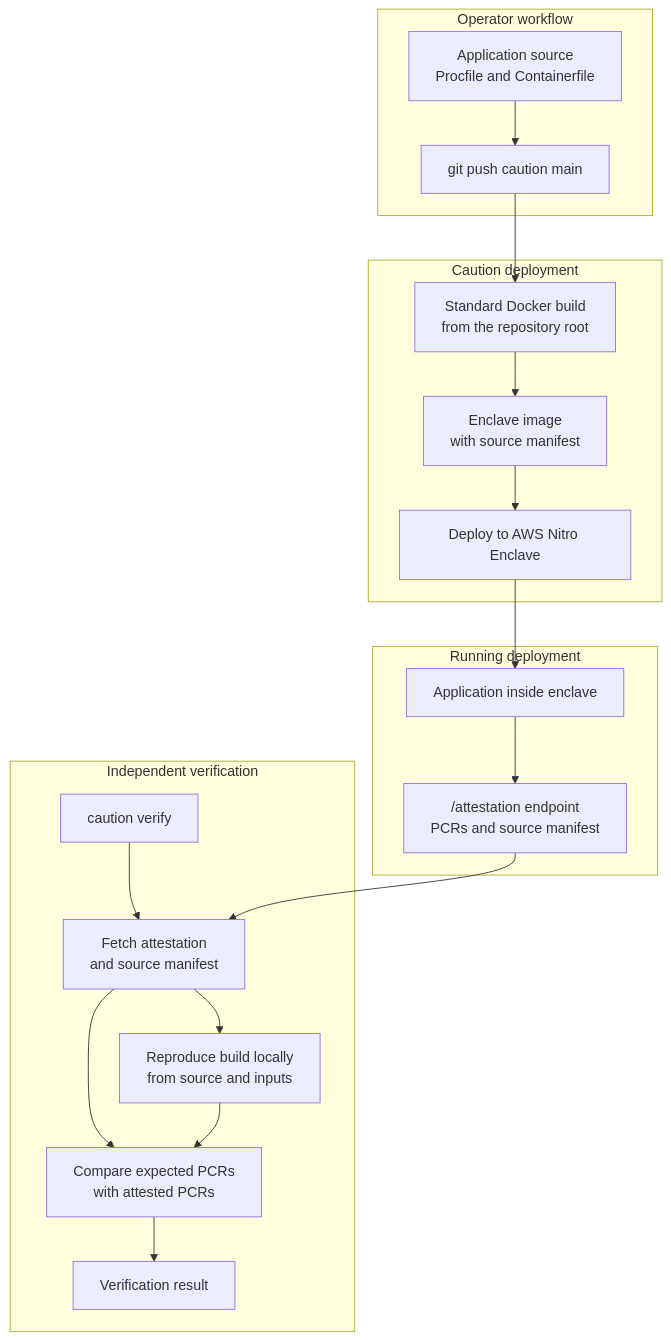
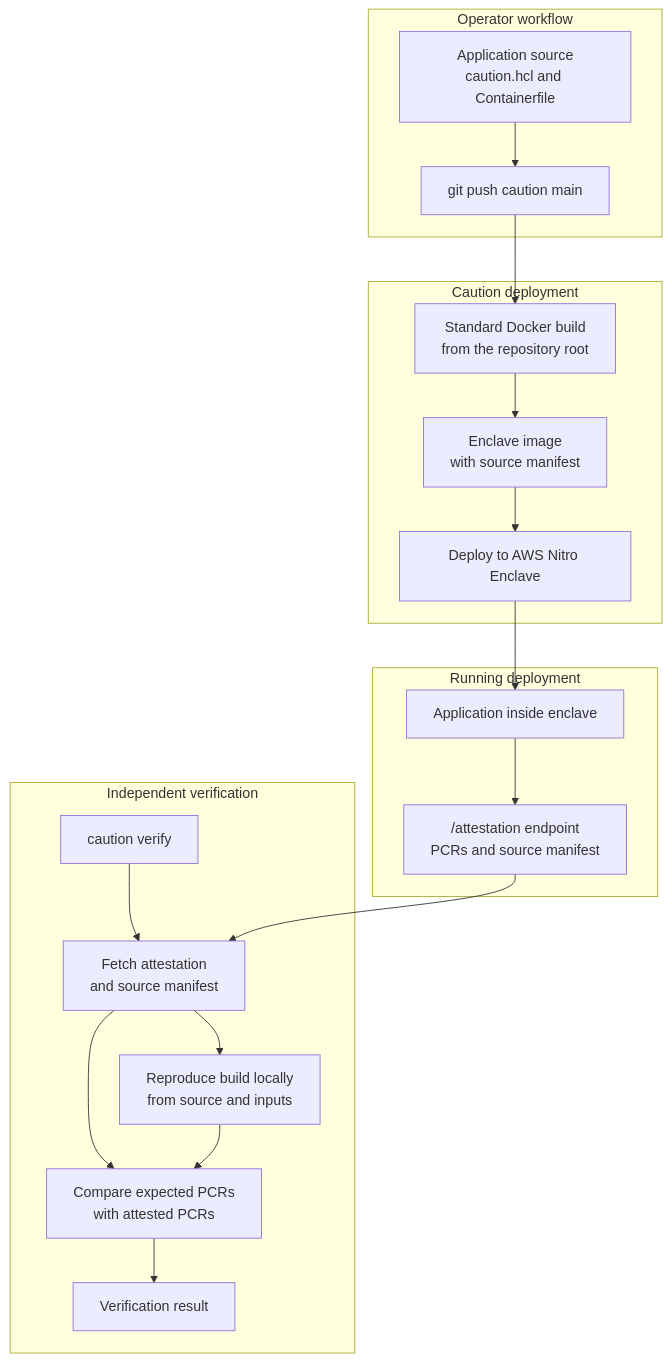
Before and after one commit to CautionHosting/docs: the diagram in docs/what-is-caution.md, drawn with Mermaid. The commit also changed 14 other files, not shown here.

First line of the commit message:
docs: convert remaining Procfile references to caution.hcl

````diff
--- a/docs/what-is-caution.md
+++ b/docs/what-is-caution.md
@@ -17,34 +17,34 @@
 ```mermaid
 flowchart TB
     subgraph Operator["Operator workflow"]
-        Source["Application source<br/>Procfile and Containerfile"]
+        Source["Application source<br/>caution.hcl and Containerfile"]
         Push["git push caution main"]
     end
 
     subgraph Deployment["Caution deployment"]
         Build["Standard Docker build<br/>from the repository root"]
         Image["Enclave image<br/>with source manifest"]
         Deploy["Deploy to AWS Nitro Enclave"]
     end
 
     subgraph Runtime["Running deployment"]
         Enclave["Application inside enclave"]
         Attestation["/attestation endpoint<br/>PCRs and source manifest"]
     end
 
     subgraph Verification["Independent verification"]
         Verify["caution verify"]
         Fetch["Fetch attestation<br/>and source manifest"]
         Rebuild["Reproduce build locally<br/>from source and inputs"]
         Compare["Compare expected PCRs<br/>with attested PCRs"]
         Result["Verification result"]
     end
 
     Source --> Push --> Build --> Image --> Deploy --> Enclave --> Attestation
     Verify --> Fetch
     Attestation --> Fetch
     Fetch --> Rebuild
     Fetch --> Compare
     Rebuild --> Compare
     Compare --> Result
 ```
````
